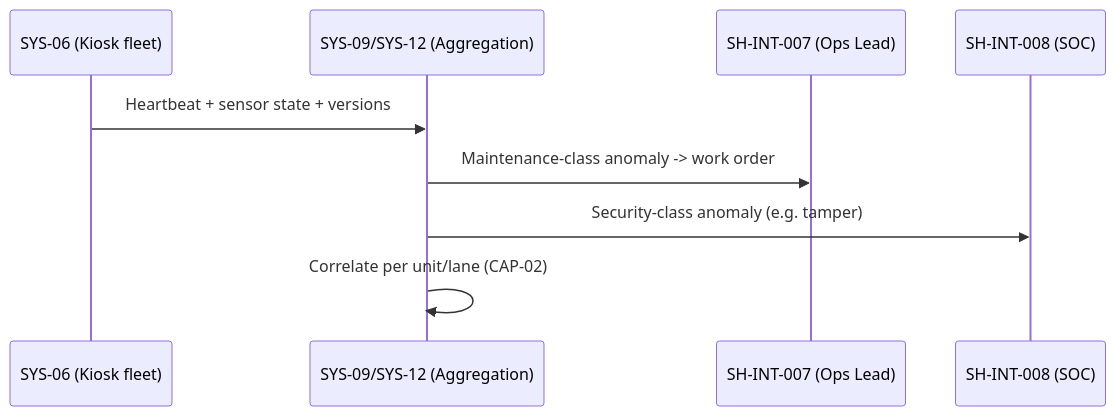
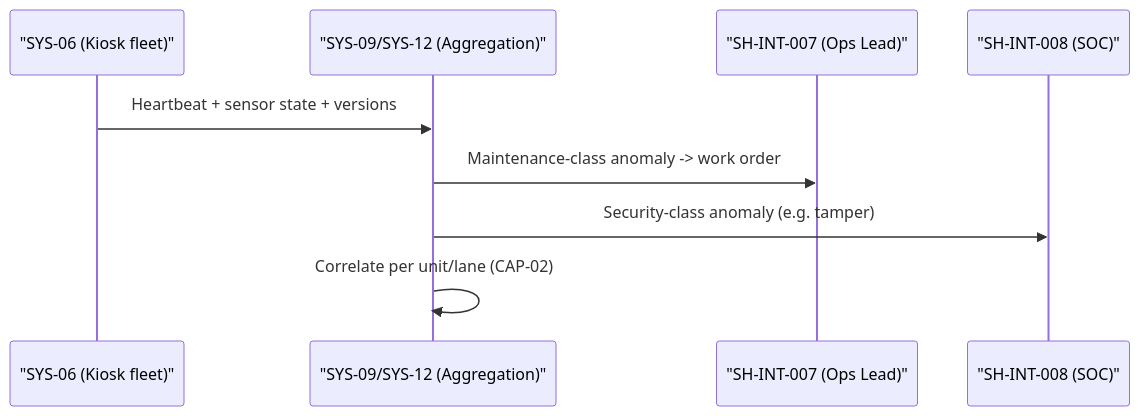
Diagram 12 of 21 in 02_CASES/Case_02_SecureBorder_Solutions/03_PHASE3_DECOMPOSITION/annexes/B_Sequence_Diagrams.md (pauloribeiro16/Methodology_compact), drawn with Mermaid before and after one commit. The commit also changed other lines of this file and 33 other files, not shown here.

Commit message:
[EXECUTOR] Mermaid render fix: 26 UC diagrams → PlantUML+SVG hybrid (Mermaid has no useCaseDiagram, #4628), sequence syntax repaired (';' separators, OFF keyword collision, fence join) — validator 192/192 OK, smoke 16/16

````diff
--- a/02_CASES/Case_02_SecureBorder_Solutions/03_PHASE3_DECOMPOSITION/annexes/B_Sequence_Diagrams.md
+++ b/02_CASES/Case_02_SecureBorder_Solutions/03_PHASE3_DECOMPOSITION/annexes/B_Sequence_Diagrams.md
@@ -164,11 +164,11 @@
 ```mermaid
 sequenceDiagram
-    participant KIOSK as SYS-06 (Kiosk fleet)
-    participant SIEM as SYS-09/SYS-12 (Aggregation)
-    participant OPS as SH-INT-007 (Ops Lead)
-    participant SOC as SH-INT-008 (SOC)
+    participant KIOSK as "SYS-06 (Kiosk fleet)"
+    participant SIEM as "SYS-09/SYS-12 (Aggregation)"
+    participant OPS as "SH-INT-007 (Ops Lead)"
+    participant SOC as "SH-INT-008 (SOC)"
     KIOSK->>SIEM: Heartbeat + sensor state + versions
     SIEM->>OPS: Maintenance-class anomaly -> work order
     SIEM->>SOC: Security-class anomaly (e.g. tamper)
     SIEM->>SIEM: Correlate per unit/lane (CAP-02)
 ```
````
